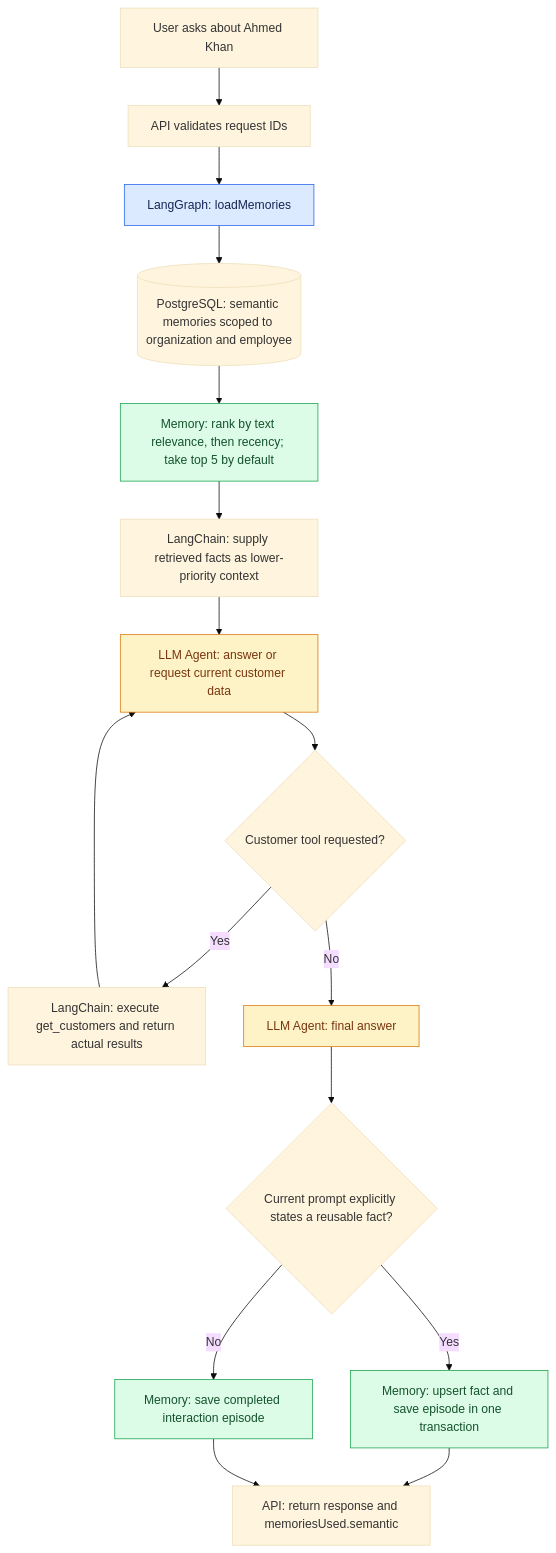
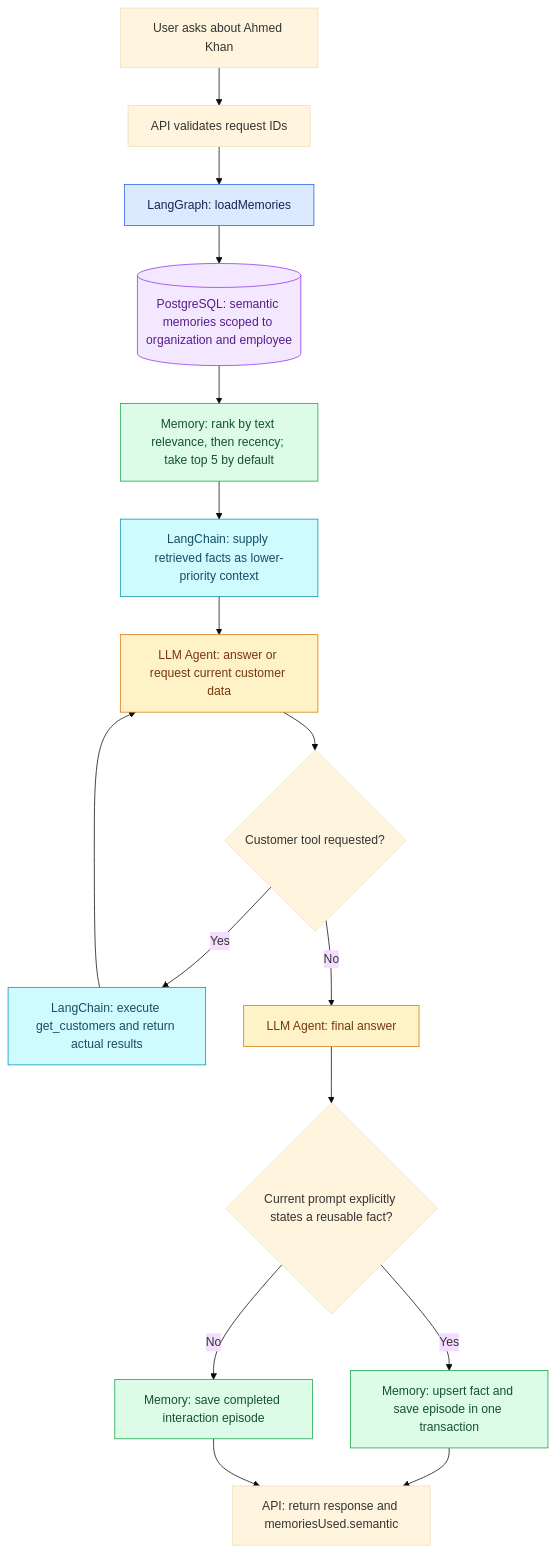
The first of 3 diagrams in docs/memory-search-flowcharts.md (kamran186/langchain), drawn with Mermaid (base theme) before and after one commit. The commit also changed other lines of this file and 3 other files, not shown here.

Commit message:
docs: add PNG exports of memory flowcharts

````diff
--- a/docs/memory-search-flowcharts.md
+++ b/docs/memory-search-flowcharts.md
@@ -9,24 +11,28 @@
 ```mermaid
 flowchart TD
     userPrompt["User asks about Ahmed Khan"] --> apiScope["API validates request IDs"]
     apiScope --> loadNode["LangGraph: loadMemories"]
     loadNode --> semanticDb[("PostgreSQL: semantic memories scoped to organization and employee")]
     semanticDb --> semanticRank["Memory: rank by text relevance, then recency; take top 5 by default"]
     semanticRank --> semanticContext["LangChain: supply retrieved facts as lower-priority context"]
     semanticContext --> semanticAgent["LLM Agent: answer or request current customer data"]
     semanticAgent --> needsTool{"Customer tool requested?"}
     needsTool -- Yes --> customerTool["LangChain: execute get_customers and return actual results"]
     customerTool --> semanticAgent
     needsTool -- No --> semanticFinal["LLM Agent: final answer"]
     semanticFinal --> explicitFact{"Current prompt explicitly states a reusable fact?"}
     explicitFact -- Yes --> semanticSave["Memory: upsert fact and save episode in one transaction"]
     explicitFact -- No --> semanticEpisode["Memory: save completed interaction episode"]
     semanticSave --> semanticResponse["API: return response and memoriesUsed.semantic"]
     semanticEpisode --> semanticResponse
     classDef graphNode fill:#dbeafe,stroke:#2563eb,color:#172554
     classDef memoryNode fill:#dcfce7,stroke:#16a34a,color:#14532d
+    classDef chainNode fill:#cffafe,stroke:#0891b2,color:#164e63
     classDef agentNode fill:#fef3c7,stroke:#d97706,color:#78350f
+    classDef dataNode fill:#f3e8ff,stroke:#9333ea,color:#581c87
     class loadNode graphNode
     class semanticRank,semanticSave,semanticEpisode memoryNode
+    class semanticContext,customerTool chainNode
     class semanticAgent,semanticFinal agentNode
+    class semanticDb dataNode
 ```
````
